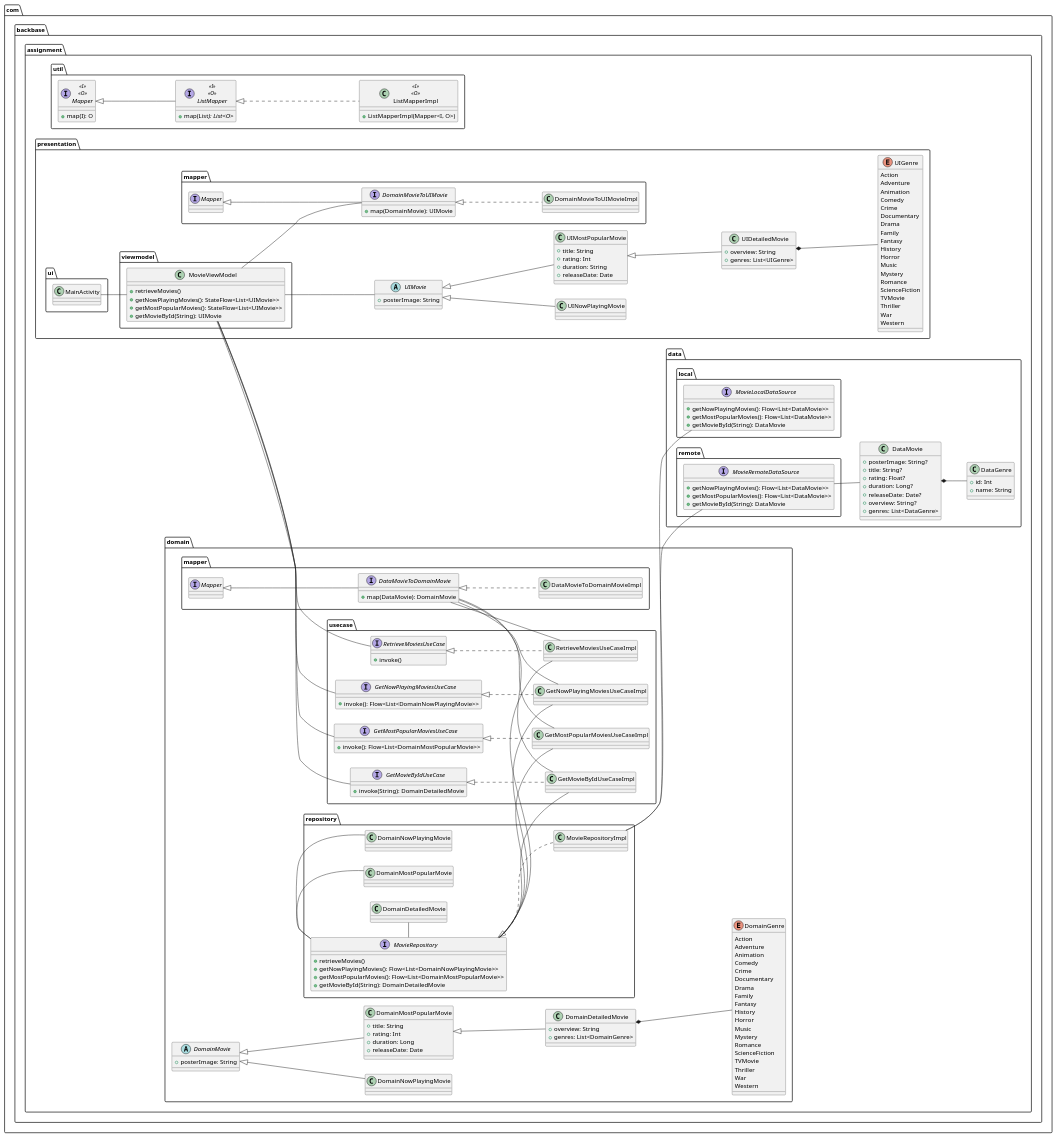
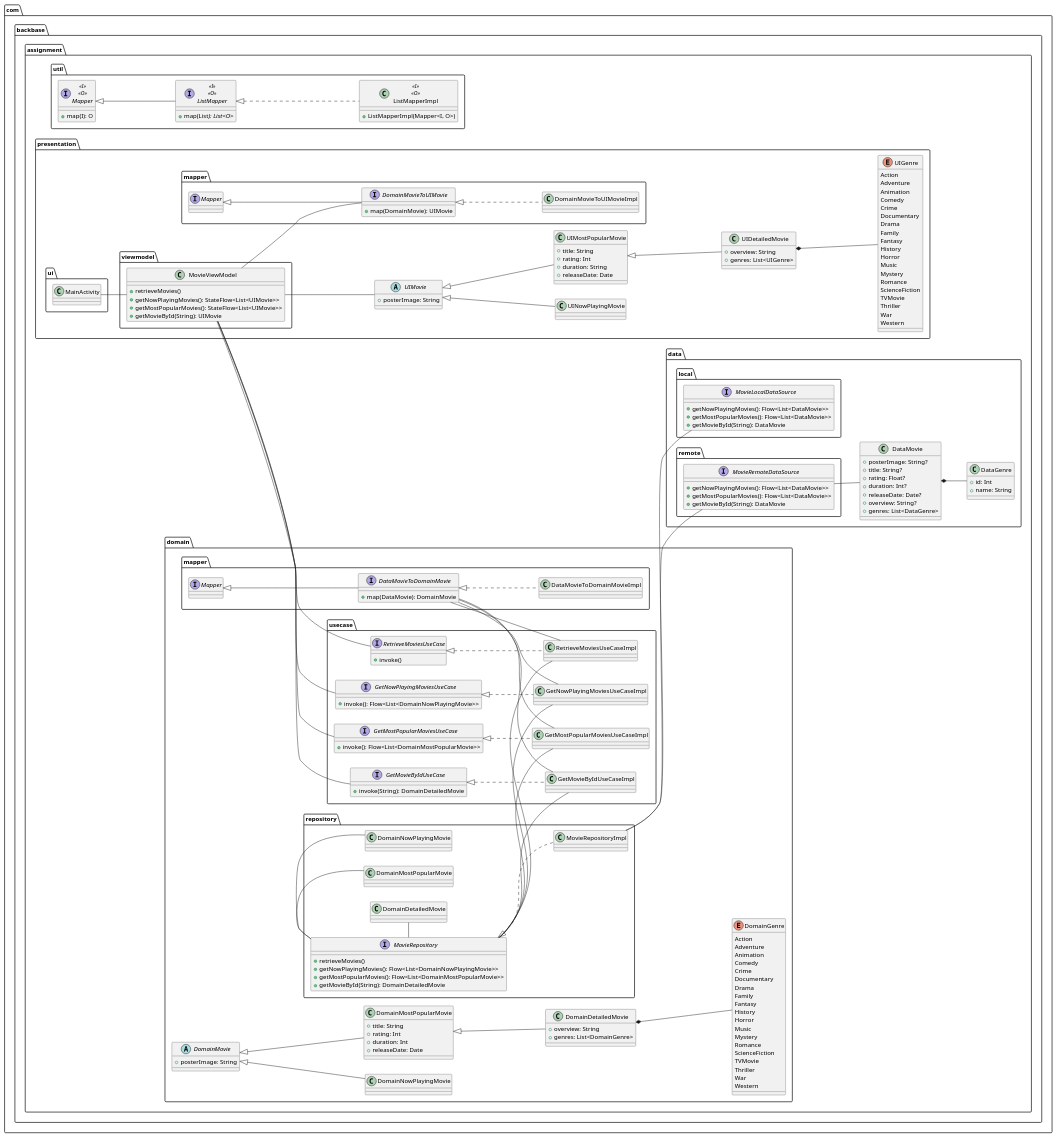
Before and after one commit to jesus-medina/MovieApp: the diagram in android/app/src/main/java/com/backbase/assignment/_app_architecture.puml, drawn with PlantUML. The commit also changed 5 other files, not shown here.

```diff
--- a/android/app/src/main/java/com/backbase/assignment/_app_architecture.puml
+++ b/android/app/src/main/java/com/backbase/assignment/_app_architecture.puml
@@ -168,7 +168,7 @@
         class DomainMostPopularMovie extends DomainMovie {
             + title: String
             + rating: Int
-            + duration: Long
+            + duration: Int
             + releaseDate: Date
         }
 
@@ -229,7 +229,7 @@
             + posterImage: String?
             + title: String?
             + rating: Float?
-            + duration: Long?
+            + duration: Int?
             + releaseDate: Date?
             + overview: String?
             + genres: List<DataGenre>
```
